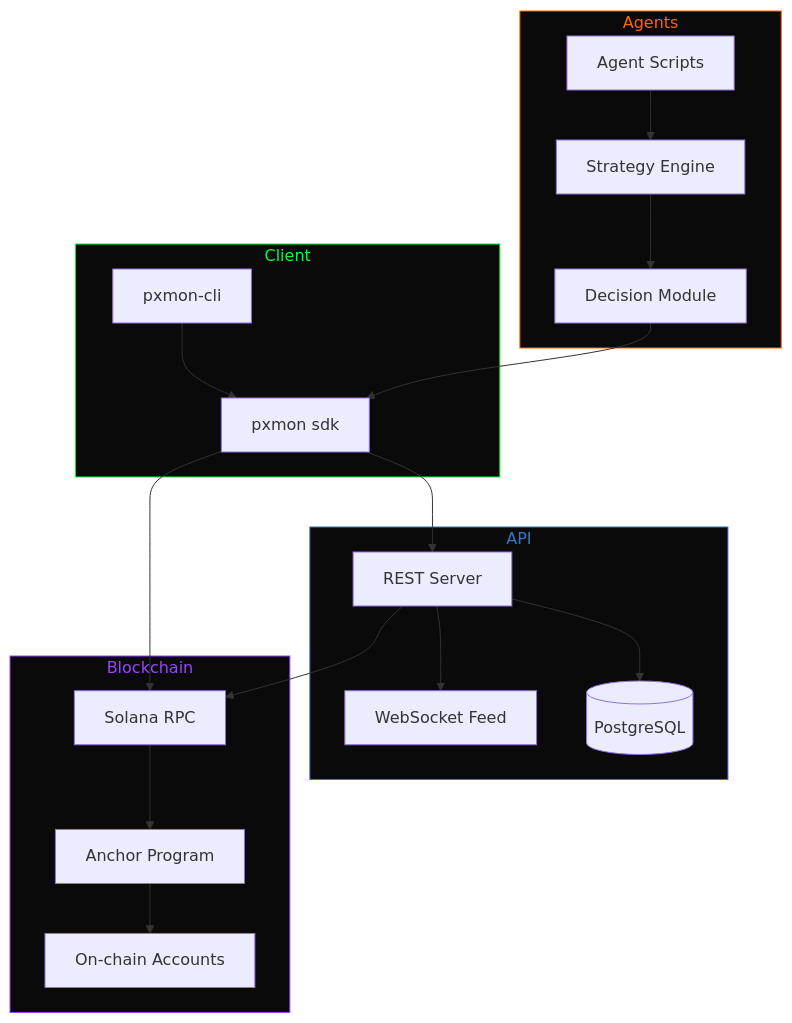
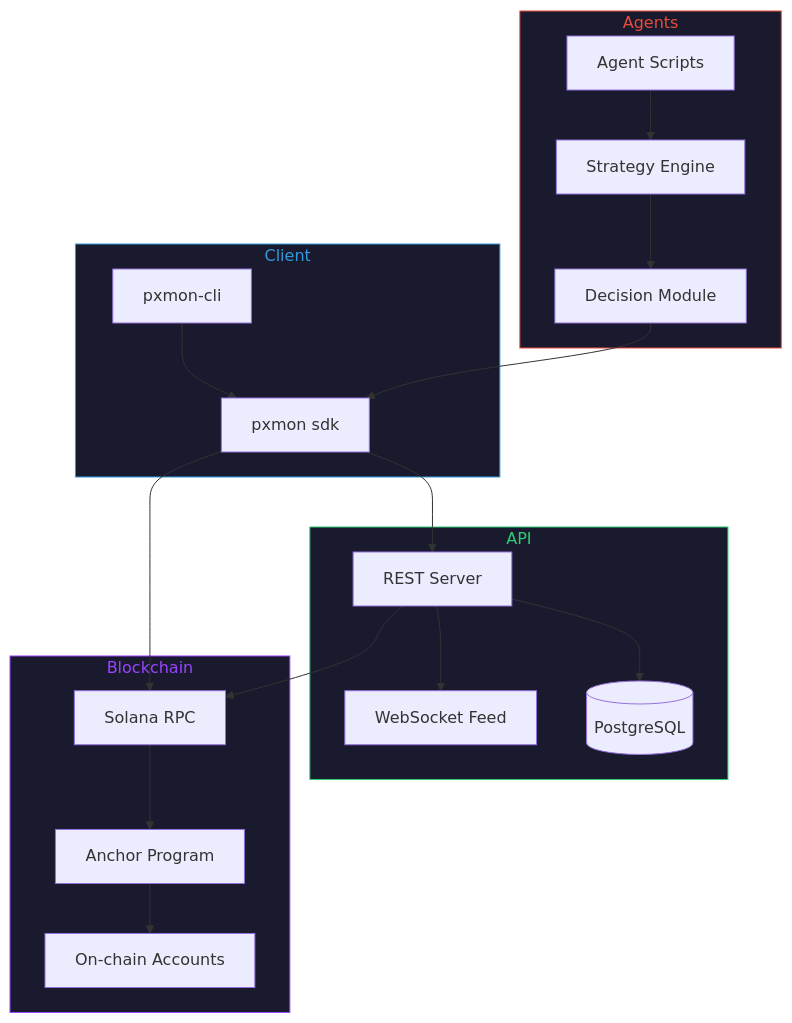
Before and after one commit to pxmoncom/pxmon: the third of 3 diagrams in README.md, drawn with Mermaid. The commit also changed other lines of this file, not shown here.

````diff
--- a/README.md
+++ b/README.md
@@ -67,41 +73,41 @@
 ```mermaid
 graph TB
     subgraph Client
         CLI[pxmon-cli]
         SDK[pxmon sdk]
     end
 
     subgraph Agents
         AG[Agent Scripts]
         ST[Strategy Engine]
         DM[Decision Module]
     end
 
     subgraph API
         REST[REST Server]
         WS[WebSocket Feed]
         DB[(PostgreSQL)]
     end
 
     subgraph Blockchain
         PG[Anchor Program]
         SOL[Solana RPC]
         ACC[On-chain Accounts]
     end
 
     CLI --> SDK
     AG --> ST --> DM
     DM --> SDK
     SDK --> REST
     REST --> WS
     REST --> DB
     SDK --> SOL
     REST --> SOL
     SOL --> PG
     PG --> ACC
 
-    style Client fill:#0a0a0a,stroke:#00ff41,color:#00ff41
-    style Agents fill:#0a0a0a,stroke:#ff6600,color:#ff6600
-    style API fill:#0a0a0a,stroke:#3178C6,color:#3178C6
-    style Blockchain fill:#0a0a0a,stroke:#9945FF,color:#9945FF
+    style Client fill:#1a1a2e,stroke:#3498DB,color:#3498DB
+    style Agents fill:#1a1a2e,stroke:#E74C3C,color:#E74C3C
+    style API fill:#1a1a2e,stroke:#2ECC71,color:#2ECC71
+    style Blockchain fill:#1a1a2e,stroke:#9945FF,color:#9945FF
 ```
````
